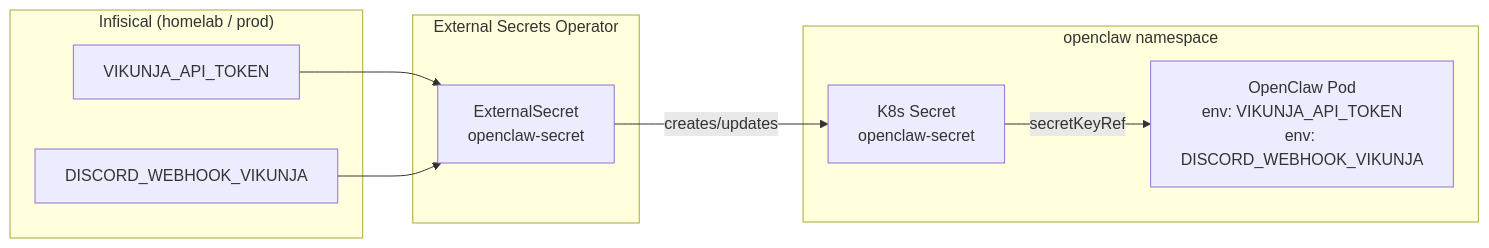
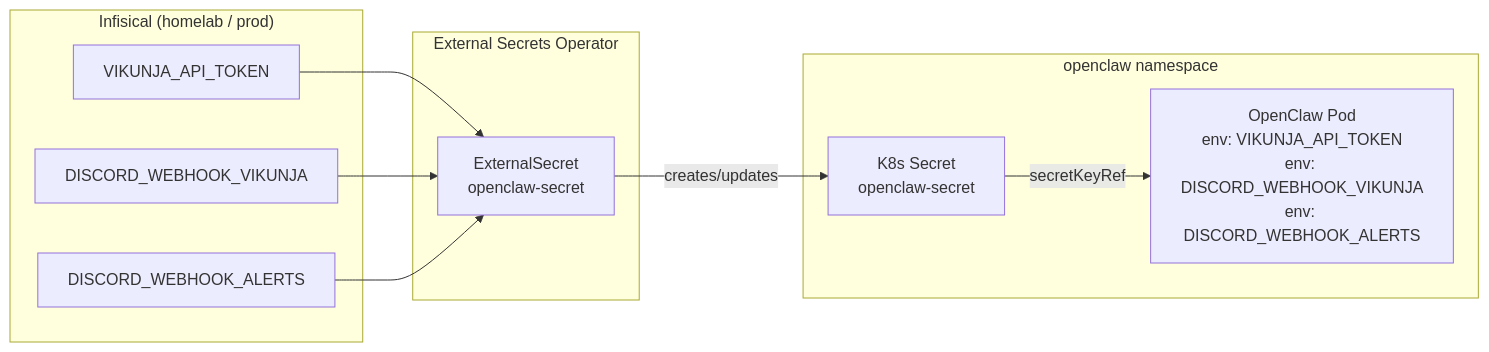
The fourth of 5 diagrams in k8s/apps/vikunja/README.md (haingth77/homelab), drawn with Mermaid before and after one commit. The commit also changed other lines of this file and 3 other files, not shown here.

````diff
--- a/k8s/apps/vikunja/README.md
+++ b/k8s/apps/vikunja/README.md
@@ -324,21 +406,23 @@
 ```mermaid
 flowchart LR
     subgraph infisical ["Infisical (homelab / prod)"]
         VikToken["VIKUNJA_API_TOKEN"]
         DiscordWH["DISCORD_WEBHOOK_VIKUNJA"]
+        DiscordAlerts["DISCORD_WEBHOOK_ALERTS"]
     end
 
     subgraph eso ["External Secrets Operator"]
         ES["ExternalSecret\nopenclaw-secret"]
     end
 
     subgraph k8s ["openclaw namespace"]
         Secret["K8s Secret\nopenclaw-secret"]
-        Pod["OpenClaw Pod\nenv: VIKUNJA_API_TOKEN\nenv: DISCORD_WEBHOOK_VIKUNJA"]
+        Pod["OpenClaw Pod\nenv: VIKUNJA_API_TOKEN\nenv: DISCORD_WEBHOOK_VIKUNJA\nenv: DISCORD_WEBHOOK_ALERTS"]
     end
 
     VikToken --> ES
     DiscordWH --> ES
+    DiscordAlerts --> ES
     ES -->|"creates/updates"| Secret
     Secret -->|"secretKeyRef"| Pod
 ```
````
